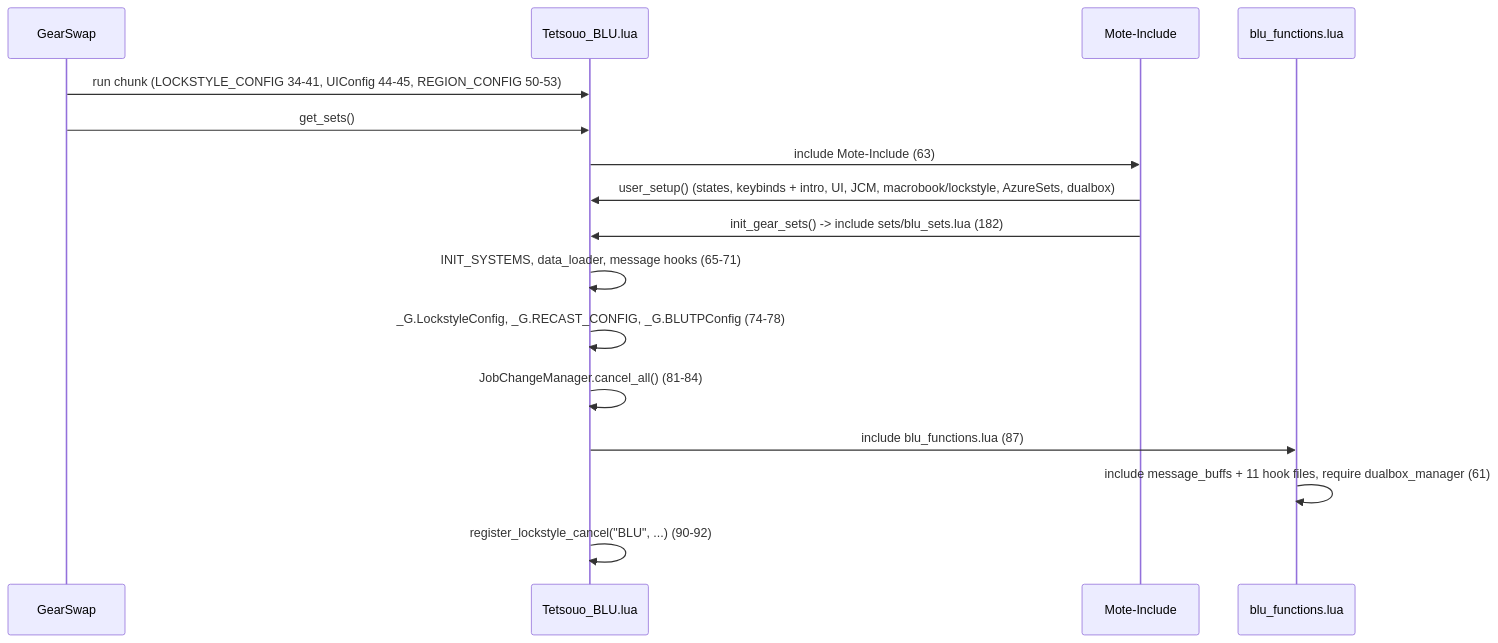
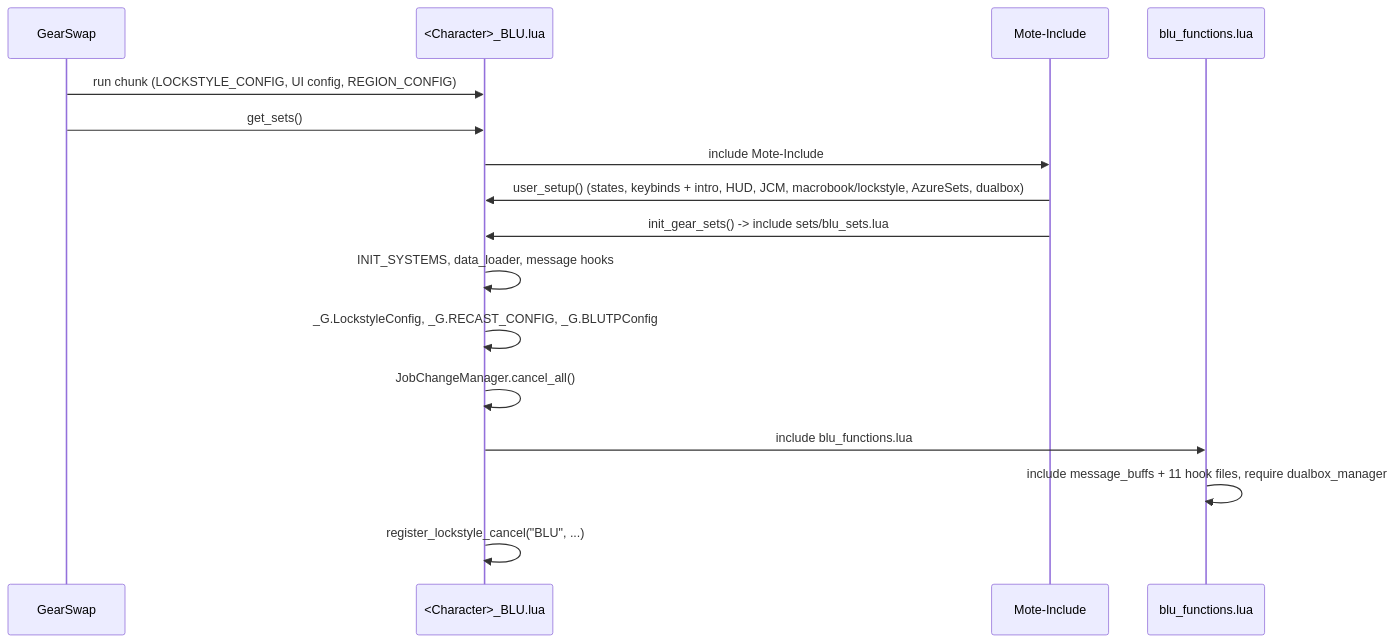
Before and after one commit to ejouanchicot/Gearswap: the first of 2 diagrams in docs/dev/jobs/blu.md, drawn with Mermaid. The commit also changed other lines of this file and 8 other files, not shown here.

Commit message:
docs(rdm,whm,blu): player hubs, states checked, dev pages refreshed

````diff
--- a/docs/dev/jobs/blu.md
+++ b/docs/dev/jobs/blu.md
@@ -96,18 +88,18 @@
 ```mermaid
 sequenceDiagram
     participant GS as GearSwap
-    participant E as Tetsouo_BLU.lua
+    participant E as <Character>_BLU.lua
     participant M as Mote-Include
     participant F as blu_functions.lua
-    GS->>E: run chunk (LOCKSTYLE_CONFIG 34-41, UIConfig 44-45, REGION_CONFIG 50-53)
+    GS->>E: run chunk (LOCKSTYLE_CONFIG, UI config, REGION_CONFIG)
     GS->>E: get_sets()
-    E->>M: include Mote-Include (63)
-    M->>E: user_setup() (states, keybinds + intro, UI, JCM, macrobook/lockstyle, AzureSets, dualbox)
-    M->>E: init_gear_sets() -> include sets/blu_sets.lua (182)
-    E->>E: INIT_SYSTEMS, data_loader, message hooks (65-71)
-    E->>E: _G.LockstyleConfig, _G.RECAST_CONFIG, _G.BLUTPConfig (74-78)
-    E->>E: JobChangeManager.cancel_all() (81-84)
-    E->>F: include blu_functions.lua (87)
-    F->>F: include message_buffs + 11 hook files, require dualbox_manager (61)
-    E->>E: register_lockstyle_cancel("BLU", ...) (90-92)
+    E->>M: include Mote-Include
+    M->>E: user_setup() (states, keybinds + intro, HUD, JCM, macrobook/lockstyle, AzureSets, dualbox)
+    M->>E: init_gear_sets() -> include sets/blu_sets.lua
+    E->>E: INIT_SYSTEMS, data_loader, message hooks
+    E->>E: _G.LockstyleConfig, _G.RECAST_CONFIG, _G.BLUTPConfig
+    E->>E: JobChangeManager.cancel_all()
+    E->>F: include blu_functions.lua
+    F->>F: include message_buffs + 11 hook files, require dualbox_manager
+    E->>E: register_lockstyle_cancel("BLU", ...)
 ```
````
